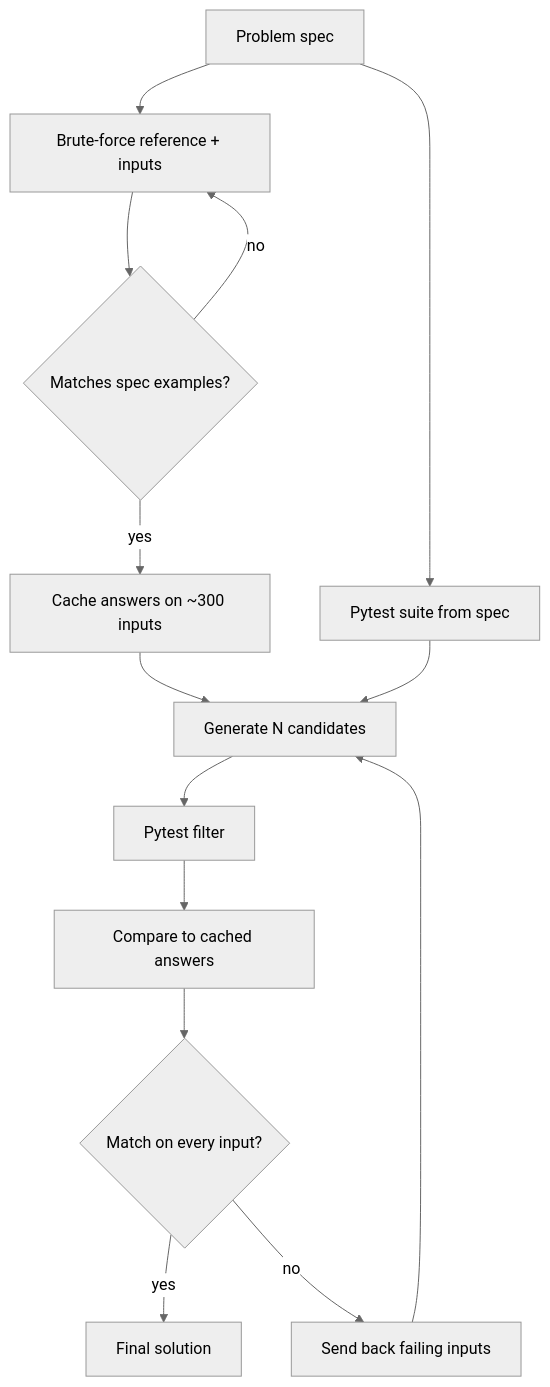
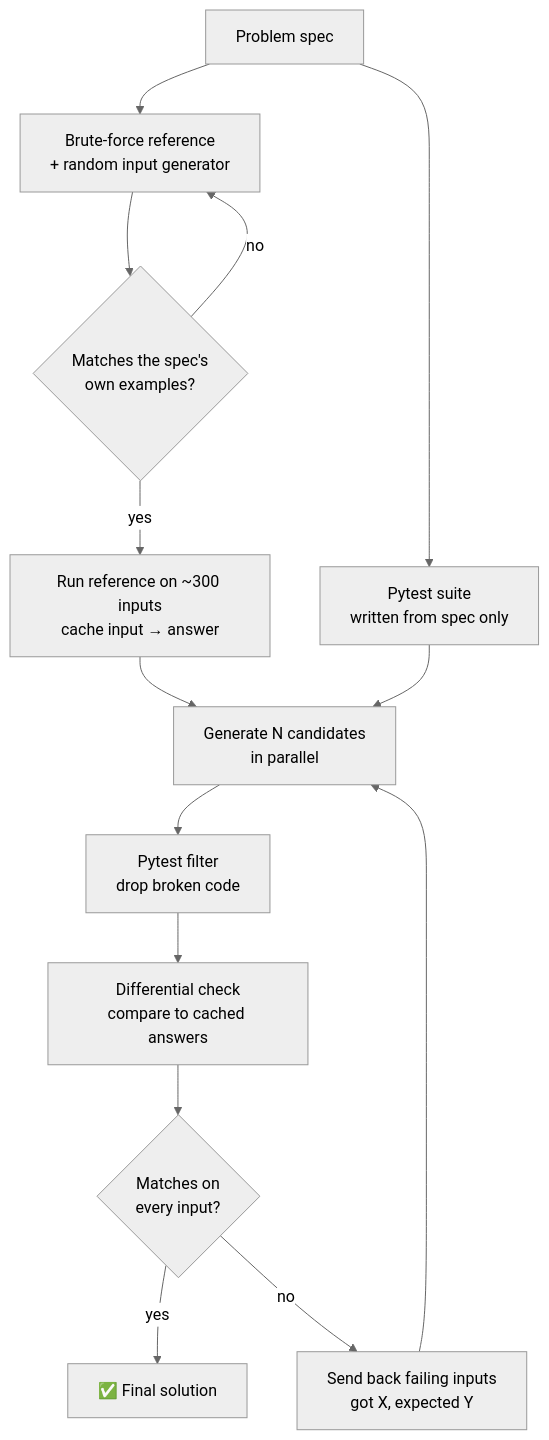
The diagram in README.md (EthanK1234/Multi-Agent-Code-Generation-System), drawn with Mermaid (neutral theme) before and after one commit. The commit also changed other lines of this file and 2 other files, not shown here.

````diff
--- a/README.md
+++ b/README.md
@@ -23,17 +24,17 @@
 ```mermaid
 flowchart TD
-    A[Problem spec] --> B[Brute-force reference + inputs]
-    B --> C{Matches spec examples?}
+    A[Problem spec] --> B[Brute-force reference<br/>+ random input generator]
+    B --> C{Matches the spec's<br/>own examples?}
     C -- no --> B
-    C -- yes --> D[Cache answers on ~300 inputs]
-    A --> E[Pytest suite from spec]
+    C -- yes --> D[Run reference on ~300 inputs<br/>cache input → answer]
+    A --> E[Pytest suite<br/>written from spec only]
 
-    D --> F[Generate N candidates]
+    D --> F[Generate N candidates<br/>in parallel]
     E --> F
-    F --> G[Pytest filter]
-    G --> H[Compare to cached answers]
-    H --> I{Match on every input?}
-    I -- yes --> J[Final solution]
-    I -- no --> K[Send back failing inputs]
+    F --> G[Pytest filter<br/>drop broken code]
+    G --> H[Differential check<br/>compare to cached answers]
+    H --> I{Matches on<br/>every input?}
+    I -- yes --> J[✅ Final solution]
+    I -- no --> K[Send back failing inputs<br/>got X, expected Y]
     K --> F
 ```
````
